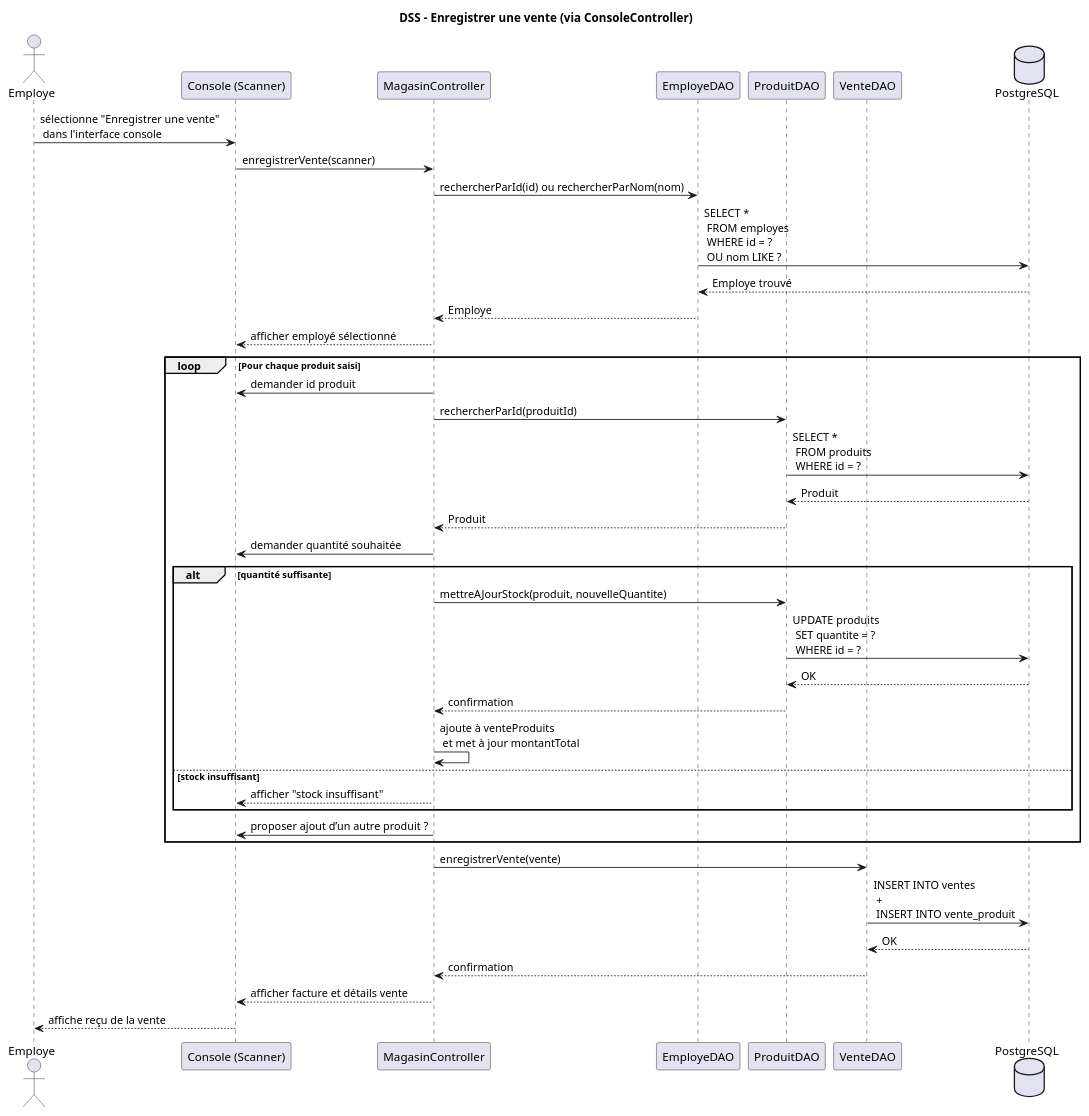
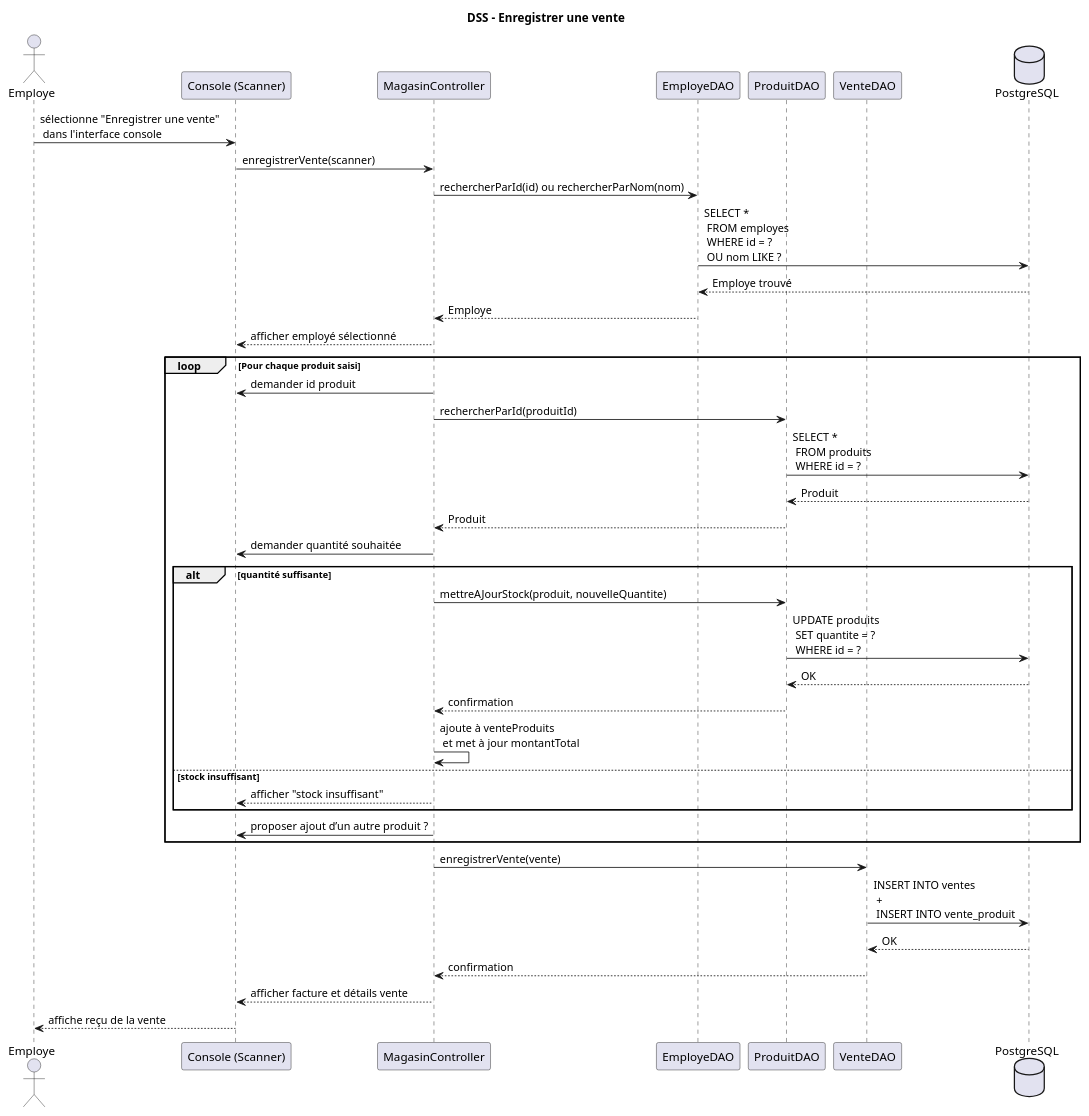
The diagram in docs/diagrams/dss/enregistrerVente.puml (SlitherinSnake/tp0-1-2-log430), drawn with PlantUML before and after one commit.

Commit message:
Ajout commentaire

```diff
--- a/docs/diagrams/dss/enregistrerVente.puml
+++ b/docs/diagrams/dss/enregistrerVente.puml
@@ -1,71 +1,78 @@
 @startuml
-title DSS – Enregistrer une vente (via ConsoleController)
+title DSS – Enregistrer une vente
 
 ' === Acteurs et composants impliqués ===
+' L'utilisateur humain (l'employé)
 actor Employe
+' Interface console qui lit la saisie
 participant "Console (Scanner)" as Console
+' Contrôleur principal qui orchestre les actions
 participant "MagasinController" as Controller
+' DAO pour récupérer l'employé
 participant "EmployeDAO" as EmployeDAO
+' DAO pour récupérer et modifier les produits
 participant "ProduitDAO" as ProduitDAO
+' DAO pour enregistrer la vente
 participant "VenteDAO" as VenteDAO
+' Base de données relationnelle utilisée (via Hibernate)
 database "PostgreSQL"
 
 ' === Début du scénario ===
 ' L'employé choisit d'enregistrer une vente via le menu console
 Employe -> Console : sélectionne "Enregistrer une vente" \n dans l'interface console
 Console -> Controller : enregistrerVente(scanner)
 
 ' === Étape 1 : Identification de l'employé ===
 ' Le contrôleur demande l'identification d’un employé à partir de l'id ou du nom
 Controller -> EmployeDAO : rechercherParId(id) ou rechercherParNom(nom)
 ' Requête SQL pour retrouver l'employé
 EmployeDAO -> PostgreSQL : SELECT * \n FROM employes \n WHERE id = ? \n OU nom LIKE ?
 PostgreSQL --> EmployeDAO : Employe trouvé
 EmployeDAO --> Controller : Employe
 ' Le contrôleur affiche les informations de l'employé dans la console
 Controller --> Console : afficher employé sélectionné
 
 ' === Étape 2 : Boucle de sélection des produits ===
 ' L'utilisateur entre un ou plusieurs produits avec quantités
 loop Pour chaque produit saisi
     ' Le contrôleur demande un identifiant de produit
     Controller -> Console : demander id produit
     ' Recherche du produit dans la base
     Controller -> ProduitDAO : rechercherParId(produitId)
     ProduitDAO -> PostgreSQL : SELECT * \n FROM produits \n WHERE id = ?
     PostgreSQL --> ProduitDAO : Produit
     ProduitDAO --> Controller : Produit
 
     ' Demande de quantité à l'utilisateur
     Controller -> Console : demander quantité souhaitée
 
     alt quantité suffisante
         ' Mise à jour du stock si la quantité est disponible
         Controller -> ProduitDAO : mettreAJourStock(produit, nouvelleQuantite)
         ProduitDAO -> PostgreSQL : UPDATE produits \n SET quantite = ? \n WHERE id = ?
         PostgreSQL --> ProduitDAO : OK
         ProduitDAO --> Controller : confirmation
         ' Le contrôleur ajoute le produit à la vente en cours et met à jour le total
         Controller -> Controller : ajoute à venteProduits \n et met à jour montantTotal
     else stock insuffisant
         ' Affichage d'un message d'erreur si le stock est insuffisant
         Controller --> Console : afficher "stock insuffisant"
     end
 
     ' Proposition d’ajouter un autre produit
     Controller -> Console : proposer ajout d’un autre produit ?
 end
 
 ' === Étape 3 : Création et enregistrement de la vente ===
 ' Enregistrement complet de la vente et des produits associés
 Controller -> VenteDAO : enregistrerVente(vente)
 ' Insertion SQL de la vente et des lignes de produits associées
 VenteDAO -> PostgreSQL : INSERT INTO ventes \n + \n INSERT INTO vente_produit
 PostgreSQL --> VenteDAO : OK
 VenteDAO --> Controller : confirmation
 
 ' === Étape finale : affichage confirmation ===
 ' Affichage du reçu de la vente à l’utilisateur
 Controller --> Console : afficher facture et détails vente
 Console --> Employe : affiche reçu de la vente
 @enduml
```
